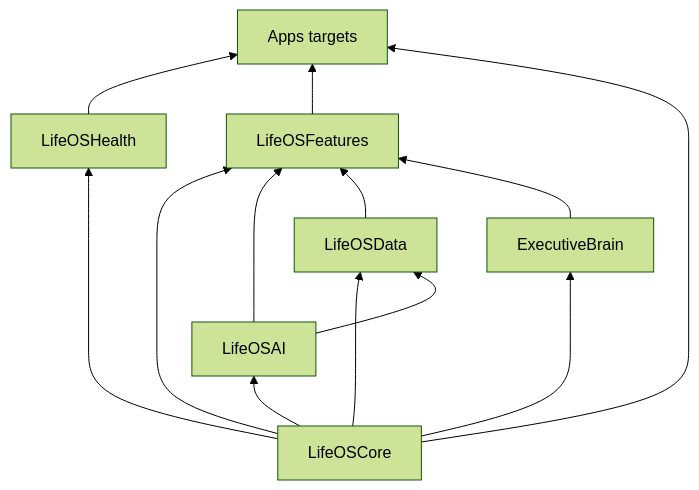
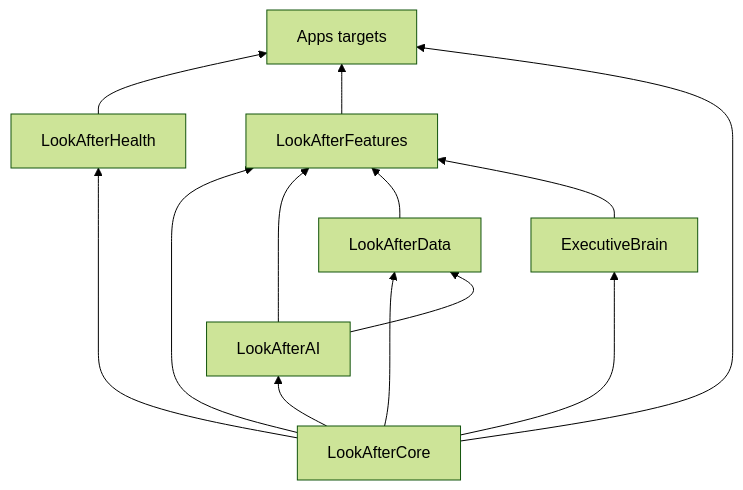
One commit to samaksh-clouddevops/Look-After changed the diagram in Documentation/architecture/dependencies.md. Above: the diagram before and after it, drawn with Mermaid (forest theme). The commit also changed other lines of this file and 648 other files, not shown here.

First line of the commit message:
Rename project structure LifeOS to LookAfter.

````diff
--- a/Documentation/architecture/dependencies.md
+++ b/Documentation/architecture/dependencies.md
@@ -5,23 +5,23 @@
 ```mermaid
 flowchart BT
-    Core[LifeOSCore]
-    AI[LifeOSAI]
-    Data[LifeOSData]
-    Health[LifeOSHealth]
+    Core[LookAfterCore]
+    AI[LookAfterAI]
+    Data[LookAfterData]
+    Health[LookAfterHealth]
     EB[ExecutiveBrain]
-    Features[LifeOSFeatures]
+    Features[LookAfterFeatures]
     Apps[Apps targets]
 
     Core --> AI
     Core --> Data
     Core --> Health
     Core --> EB
     AI --> Data
     Core --> Features
     AI --> Features
     Data --> Features
     EB --> Features
     Health --> Apps
     Features --> Apps
     Core --> Apps
 ```
````
